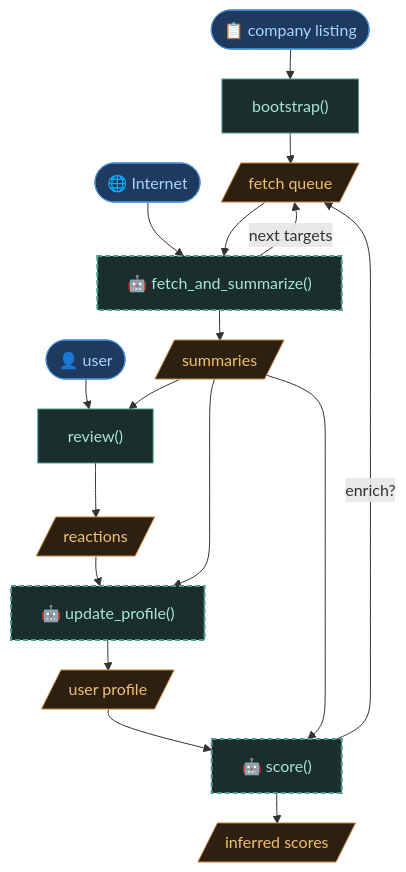
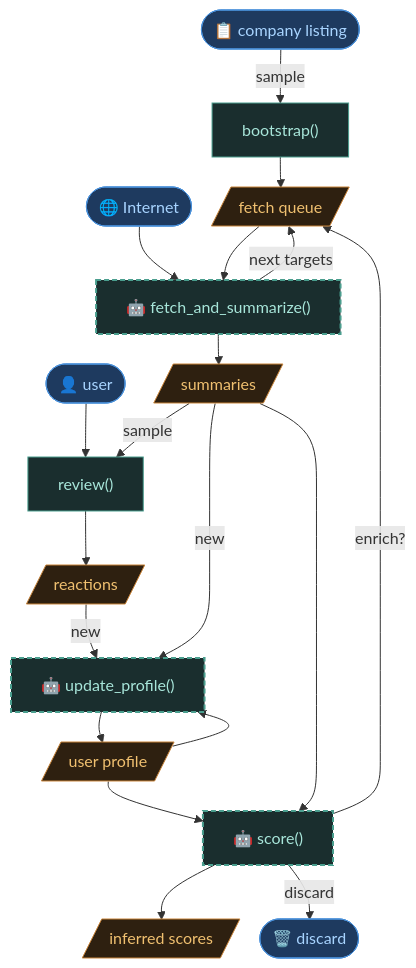
Before and after one commit to xdze2/anpe2k26: the diagram in docs/specs/21_pipeline_overview.md, drawn with Mermaid.

Commit message:
Improve graph

````diff
--- a/docs/specs/21_pipeline_overview.md
+++ b/docs/specs/21_pipeline_overview.md
@@ -13,55 +13,59 @@
 ```mermaid
 %%{init: {"flowchart": {"rankSpacing": 30, "nodeSpacing": 20}} }%%
 flowchart TD
     %% external inputs
     LISTING(["📋 company listing"])
     INTERNET(["🌐 Internet"])
     USER(["👤 user"])
 
     %% process steps
     BOOTSTRAP["bootstrap()"]
     RUN["🤖 fetch_and_summarize()"]
     REVIEW["review()"]
     PROFILE["🤖 update_profile()"]
     SCORE["🤖 score()"]
 
     %% data artifacts
     QUEUE[/"fetch queue"/]
     SUMMARIES[/"summaries"/]
     REACTIONS[/"reactions"/]
     PROF_DATA[/"user profile"/]
     SCORES[/"inferred scores"/]
 
+    DISCARD(["🗑️ discard"])
+
     %% flow
-    LISTING --> BOOTSTRAP
+    LISTING -->|sample| BOOTSTRAP
     BOOTSTRAP --> QUEUE
 
     INTERNET --> RUN
     QUEUE --> RUN
     RUN --> SUMMARIES
     RUN -->|next targets| QUEUE
 
     USER --> REVIEW
-    SUMMARIES --> REVIEW
+    SUMMARIES -->|sample| REVIEW
     REVIEW --> REACTIONS
 
-    REACTIONS --> PROFILE
-    SUMMARIES --> PROFILE
+    REACTIONS -->|new| PROFILE
+    SUMMARIES -->|new| PROFILE
+    PROF_DATA --> PROFILE
     PROFILE --> PROF_DATA
 
     PROF_DATA --> SCORE
     SUMMARIES --> SCORE
     SCORE --> SCORES
     SCORE -->|enrich?| QUEUE
+    SCORE -->|discard| DISCARD
 
     %% styles
     classDef input  fill:#1e3a5f,stroke:#4a90d9,color:#a8d4ff
     classDef step   fill:#1a2e2e,stroke:#4a9e8e,color:#a8e6da
     classDef llm    fill:#1a2e2e,stroke:#4a9e8e,color:#a8e6da,stroke-width:2px,stroke-dasharray:5 3
     classDef data   fill:#2e2010,stroke:#c8843a,color:#f0c070
 
-    class LISTING,INTERNET,USER input
+    class LISTING,INTERNET,USER,DISCARD input
     class BOOTSTRAP,REVIEW step
     class RUN,PROFILE,SCORE llm
     class QUEUE,SUMMARIES,REACTIONS,PROF_DATA,SCORES data
 ```
````
